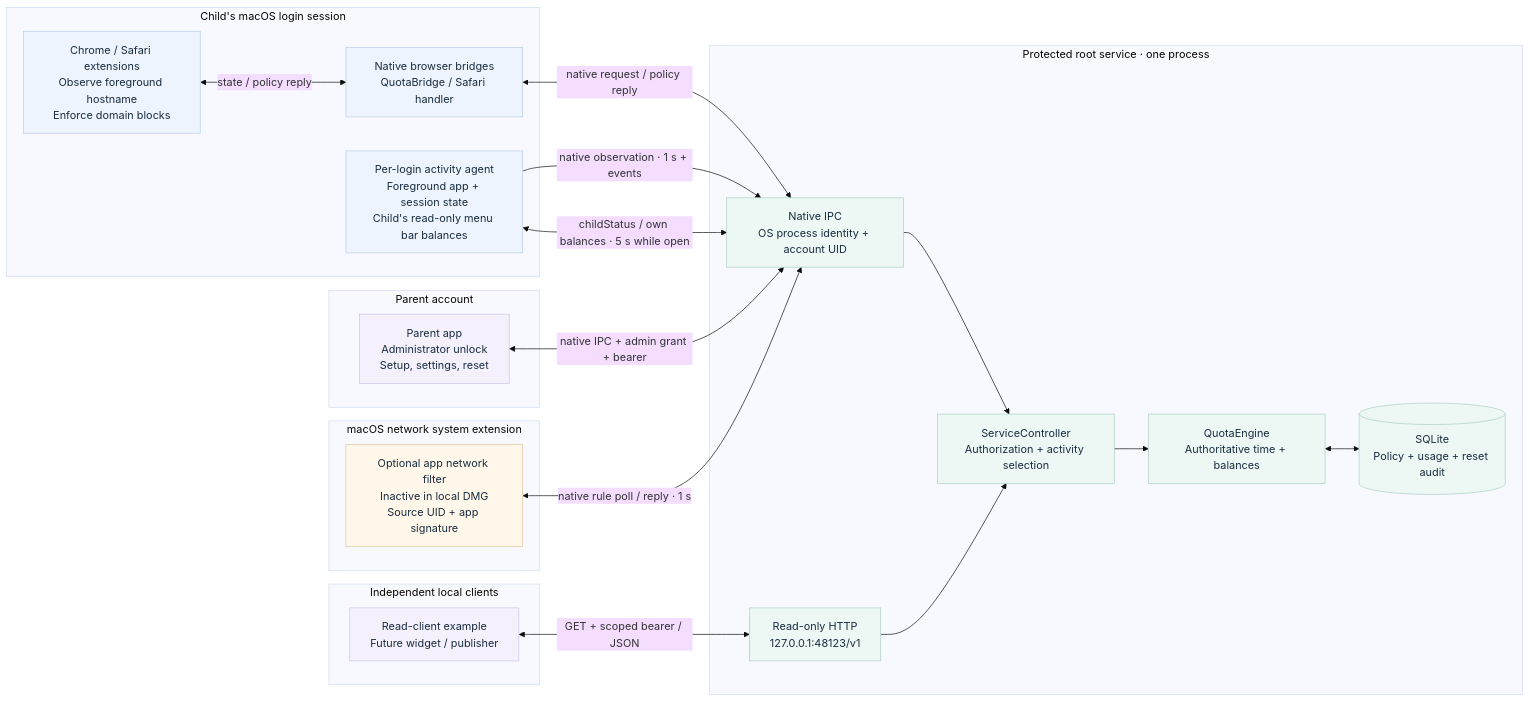
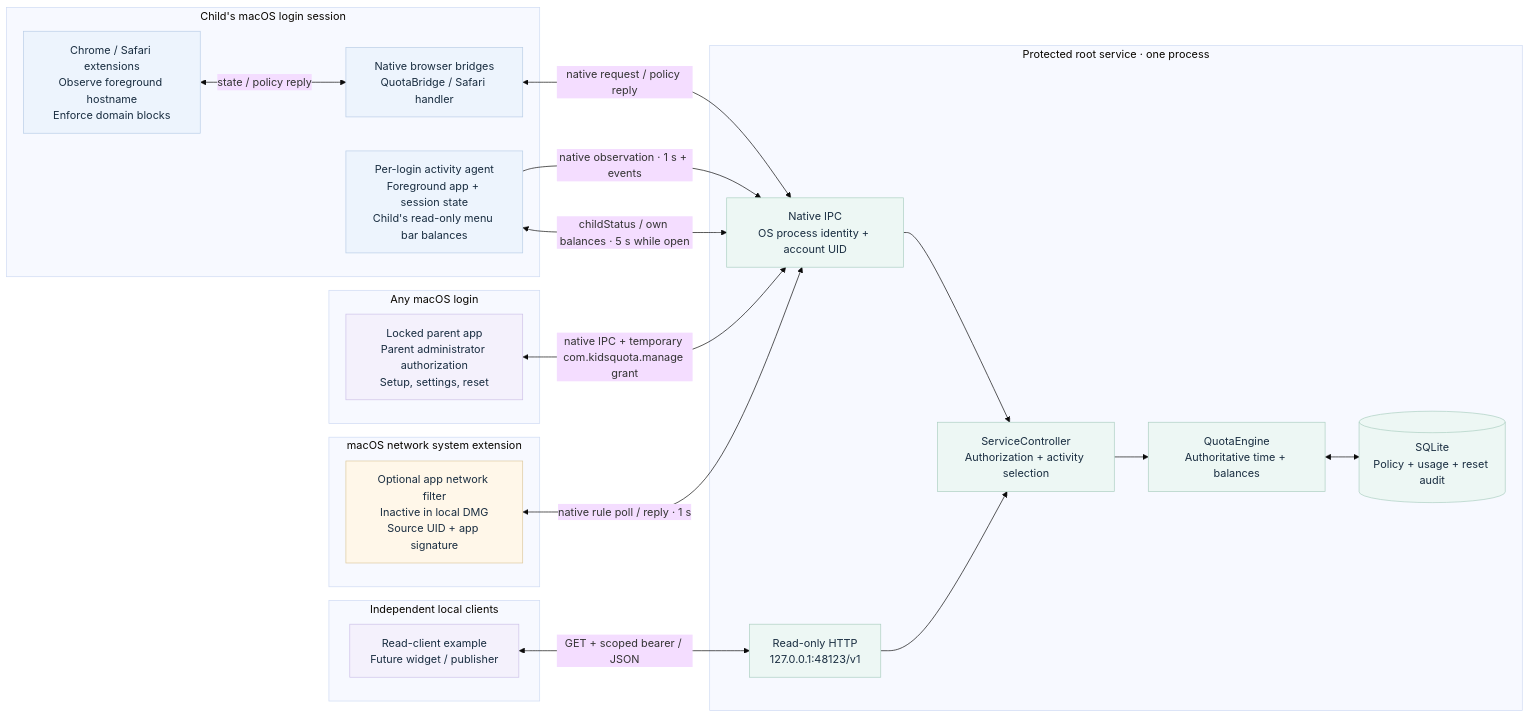
One commit to unixist/kids-quota changed the diagram in docs/architecture.mmd. Above: the diagram before and after it, drawn with Mermaid (base theme). The commit also changed 29 other files, not shown here.

Commit message:
Allow parent authorization from standard macOS logins

```diff
--- a/docs/architecture.mmd
+++ b/docs/architecture.mmd
@@ -1,47 +1,47 @@
 flowchart LR
     subgraph child["Child's macOS login session"]
         browser["Chrome / Safari extensions<br/>Observe foreground hostname<br/>Enforce domain blocks"]
         bridges["Native browser bridges<br/>QuotaBridge / Safari handler"]
         agent["Per-login activity agent<br/>Foreground app + session state<br/>Child's read-only menu bar balances"]
         browser <-->|"state / policy reply"| bridges
     end
 
     subgraph service["Protected root service · one process"]
         ipc["Native IPC<br/>OS process identity + account UID"]
         http["Read-only HTTP<br/>127.0.0.1:48123/v1"]
         controller["ServiceController<br/>Authorization + activity selection"]
         engine["QuotaEngine<br/>Authoritative time + balances"]
         db[("SQLite<br/>Policy + usage + reset audit")]
         ipc --> controller
         http --> controller
         controller --> engine
         engine <--> db
     end
 
-    subgraph parent["Parent account"]
-        gui["Parent app<br/>Administrator unlock<br/>Setup, settings, reset"]
+    subgraph parent["Any macOS login"]
+        gui["Locked parent app<br/>Parent administrator authorization<br/>Setup, settings, reset"]
     end
 
     subgraph integrations["Independent local clients"]
         readers["Read-client example<br/>Future widget / publisher"]
     end
 
     subgraph os["macOS network system extension"]
         filter["Optional app network filter<br/>Inactive in local DMG<br/>Source UID + app signature"]
     end
 
     bridges <-->|"native request / policy reply"| ipc
     agent -->|"native observation · 1 s + events"| ipc
     agent <-->|"childStatus / own balances · 5 s while open"| ipc
-    gui <-->|"native IPC + admin grant + bearer"| ipc
+    gui <-->|"native IPC + temporary com.kidsquota.manage grant"| ipc
     readers <-->|"GET + scoped bearer / JSON"| http
     filter <-->|"native rule poll / reply · 1 s"| ipc
 
     classDef childNode fill:#edf4fd,stroke:#b9cee7,color:#192d40
     classDef serviceNode fill:#edf7f4,stroke:#accfc2,color:#192d40
     classDef parentNode fill:#f4f1fc,stroke:#cdc1e8,color:#192d40
     classDef filterNode fill:#fff7e9,stroke:#ddc89e,color:#192d40
     class browser,bridges,agent childNode
     class ipc,http,controller,engine,db serviceNode
     class gui,readers parentNode
     class filter filterNode
```
